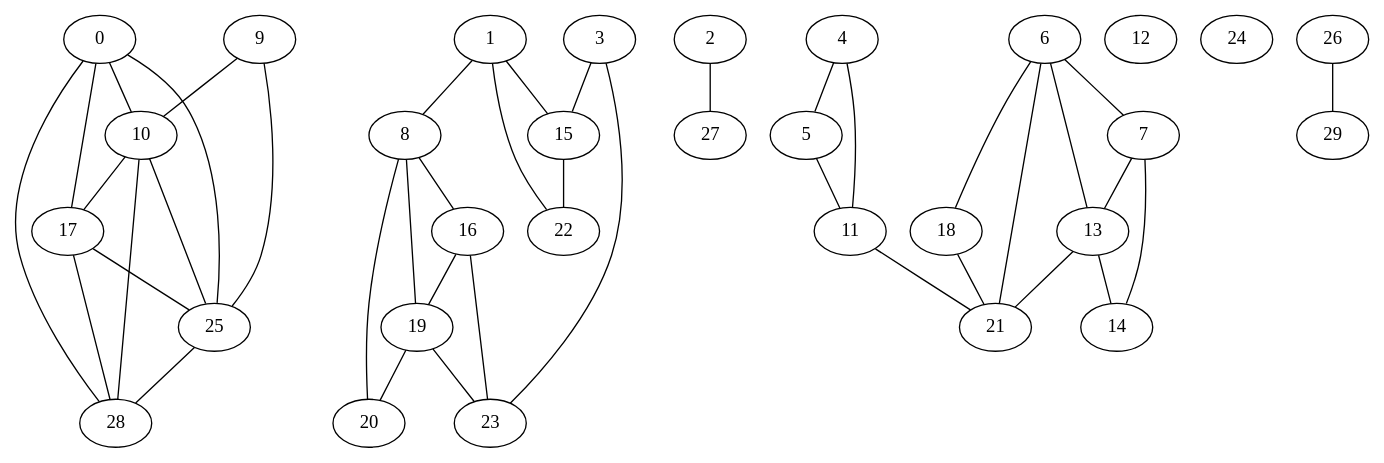
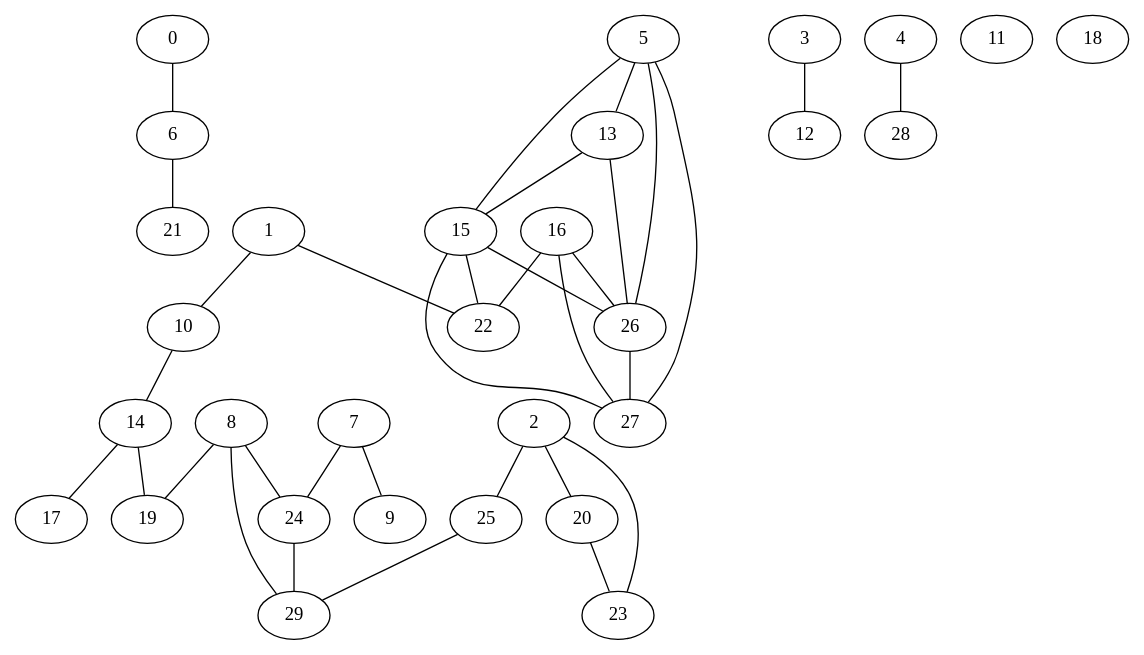
One commit to Hector-VP/Proyecto-3-Algoritmo-de-Dijkstra changed the diagram in grafos_dijkstra/geografico_30_original.gv. Above: the diagram before and after it, drawn with Graphviz. The commit also changed 134 other files, not shown here.

```diff
--- a/grafos_dijkstra/geografico_30_original.gv
+++ b/grafos_dijkstra/geografico_30_original.gv
@@ -1,72 +1,65 @@
 graph G {
     0;
     1;
     2;
     3;
     4;
     5;
     6;
     7;
     8;
     9;
     10;
     11;
     12;
     13;
     14;
     15;
     16;
     17;
     18;
     19;
     20;
     21;
     22;
     23;
     24;
     25;
     26;
     27;
     28;
     29;
-    0 -- 10;
-    0 -- 17;
-    0 -- 25;
-    0 -- 28;
-    1 -- 8;
-    1 -- 15;
+    0 -- 6;
+    1 -- 10;
     1 -- 22;
-    2 -- 27;
-    3 -- 15;
-    3 -- 23;
-    4 -- 5;
-    4 -- 11;
-    5 -- 11;
-    6 -- 7;
-    6 -- 13;
-    6 -- 18;
+    2 -- 20;
+    2 -- 23;
+    2 -- 25;
+    3 -- 12;
+    4 -- 28;
+    5 -- 13;
+    5 -- 15;
+    5 -- 26;
+    5 -- 27;
     6 -- 21;
-    7 -- 13;
-    7 -- 14;
-    8 -- 16;
+    7 -- 9;
+    7 -- 24;
     8 -- 19;
-    8 -- 20;
-    9 -- 10;
-    9 -- 25;
-    10 -- 17;
-    10 -- 25;
-    10 -- 28;
-    11 -- 21;
-    13 -- 14;
-    13 -- 21;
+    8 -- 24;
+    8 -- 29;
+    10 -- 14;
+    13 -- 15;
+    13 -- 26;
+    14 -- 17;
+    14 -- 19;
     15 -- 22;
-    16 -- 19;
-    16 -- 23;
-    17 -- 25;
-    17 -- 28;
-    18 -- 21;
-    19 -- 20;
-    19 -- 23;
-    25 -- 28;
-    26 -- 29;
+    15 -- 26;
+    15 -- 27;
+    16 -- 22;
+    16 -- 26;
+    16 -- 27;
+    20 -- 23;
+    24 -- 29;
+    25 -- 29;
+    26 -- 27;
 }
```
